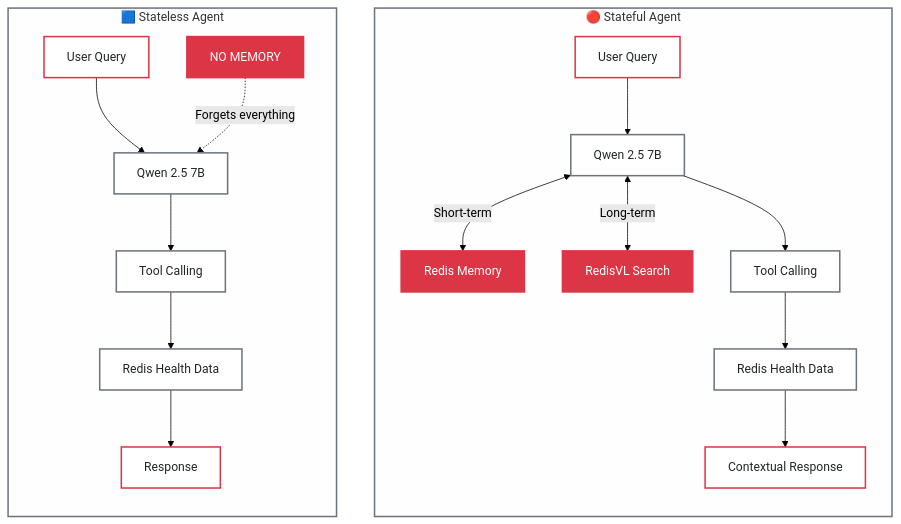
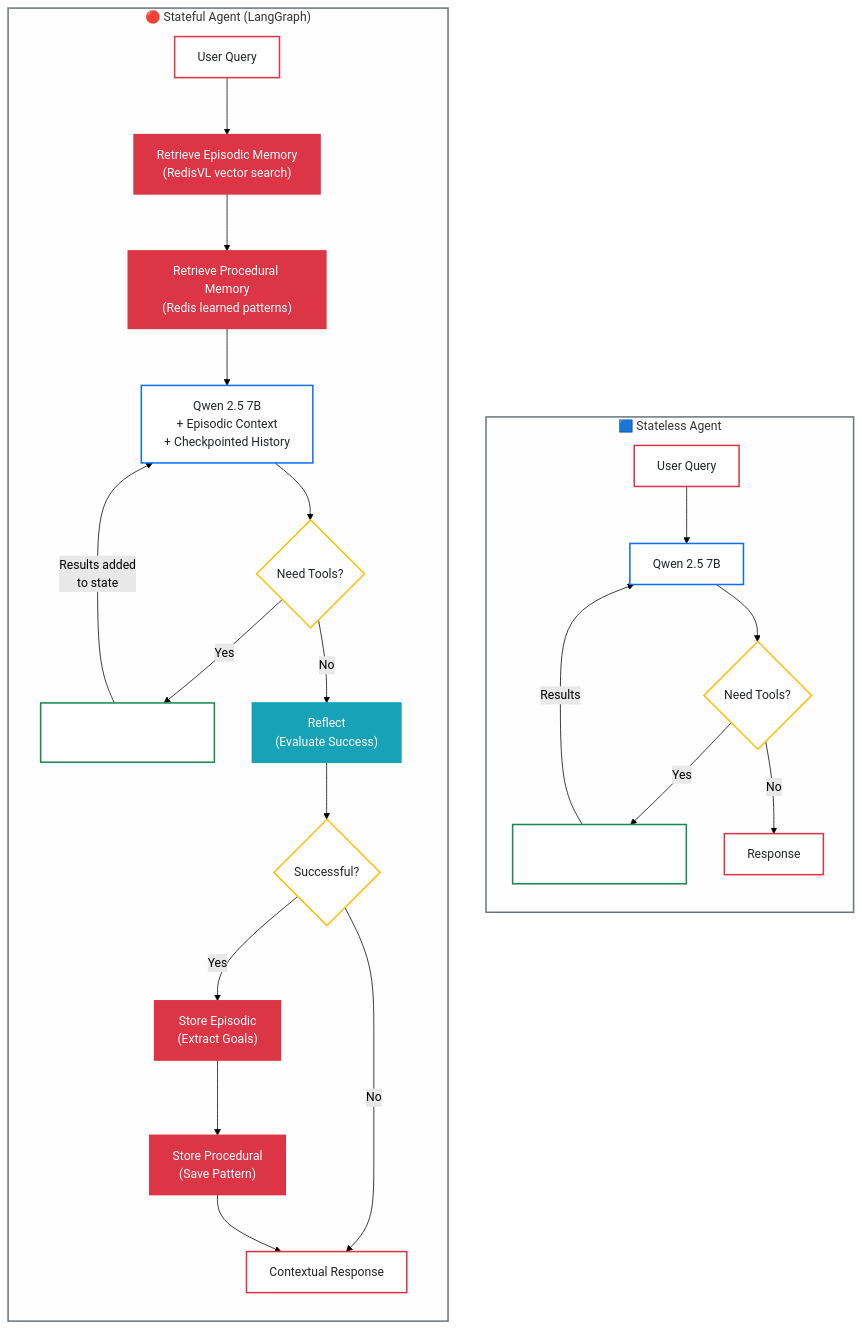
One commit to AllieRays/redis-wellness changed the diagram in README.md. Above: the diagram before and after it, drawn with Mermaid (forest theme). The commit also changed other lines of this file, not shown here.

````diff
--- a/README.md
+++ b/README.md
@@ -57,49 +60,56 @@
 ```mermaid
-flowchart LR
+flowchart TB
     subgraph stateless["🟦 Stateless Agent"]
         direction TB
         S1["User Query"]:::start
-        S2["Qwen 2.5 7B"]:::agent
-        S3["Tool Calling"]:::tool
-        S4["Redis Health Data"]:::data
+        S2["Qwen 2.5 7B"]:::llm
+        S3{"Need Tools?"}:::decision
+        S4["Tools Query<br/>Redis Health Data Store"]:::tool
         S5["Response"]:::response
-        S6["NO MEMORY"]:::nomem
 
         S1 --> S2
         S2 --> S3
-        S3 --> S4
-        S4 --> S5
-        S6 -."Forgets everything".-> S2
+        S3 -->|Yes| S4
+        S4 -->|"Results"| S2
+        S3 -->|No| S5
     end
 
-    stateless ~~~ stateful
-
-    subgraph stateful["🔴 Stateful Agent"]
+    subgraph stateful["🔴 Stateful Agent (LangGraph)"]
         direction TB
         T1["User Query"]:::start
-        T2["Qwen 2.5 7B"]:::agent
-        T3["Redis Memory"]:::memory
-        T4["RedisVL Search"]:::memory
-        T5["Tool Calling"]:::tool
-        T6["Redis Health Data"]:::data
-        T7["Contextual Response"]:::response
+        T2["Retrieve Episodic Memory<br/>(RedisVL vector search)"]:::memory
+        T3["Retrieve Procedural Memory<br/>(Redis learned patterns)"]:::memory
+        T4["Qwen 2.5 7B<br/>+ Episodic Context<br/>+ Checkpointed History"]:::llm
+        T5{"Need Tools?"}:::decision
+        T6["Tools Query<br/>Redis Health Data Store"]:::tool
+        T7["Reflect<br/>(Evaluate Success)"]:::reflect
+        T8{"Successful?"}:::decision
+        T9["Store Episodic<br/>(Extract Goals)"]:::memory
+        T10["Store Procedural<br/>(Save Pattern)"]:::memory
+        T11["Contextual Response"]:::response
 
         T1 --> T2
-        T2 <-->|"Short-term"| T3
-        T2 <-->|"Long-term"| T4
-        T2 --> T5
-        T5 --> T6
-        T6 --> T7
+        T2 --> T3
+        T3 --> T4
+        T4 --> T5
+        T5 -->|Yes| T6
+        T6 -->|"Results added<br/>to state"| T4
+        T5 -->|No| T7
+        T7 --> T8
+        T8 -->|Yes| T9
+        T8 -->|No| T11
+        T9 --> T10
+        T10 --> T11
     end
 
     classDef start fill:#fff,stroke:#dc3545,stroke-width:2px,color:#212529
-    classDef agent fill:#fff,stroke:#6c757d,stroke-width:2px,color:#212529
-    classDef tool fill:#fff,stroke:#6c757d,stroke-width:2px,color:#212529
-    classDef data fill:#fff,stroke:#6c757d,stroke-width:2px,color:#212529
+    classDef llm fill:#fff,stroke:#0d6efd,stroke-width:2px,color:#212529
+    classDef decision fill:#fff,stroke:#ffc107,stroke-width:2px,color:#212529
+    classDef tool fill:#fff,stroke:#198754,stroke-width:2px,color:#fff
+    classDef memory fill:#dc3545,stroke:#dc3545,stroke-width:2px,color:#fff
+    classDef reflect fill:#17a2b8,stroke:#17a2b8,stroke-width:2px,color:#fff
     classDef response fill:#fff,stroke:#dc3545,stroke-width:2px,color:#212529
-    classDef nomem fill:#dc3545,stroke:#dc3545,stroke-width:2px,color:#fff
-    classDef memory fill:#dc3545,stroke:#dc3545,stroke-width:2px,color:#fff
 
     style stateless fill:#fefefe,stroke:#6c757d,stroke-width:2px
     style stateful fill:#fefefe,stroke:#6c757d,stroke-width:2px
 ```
````
